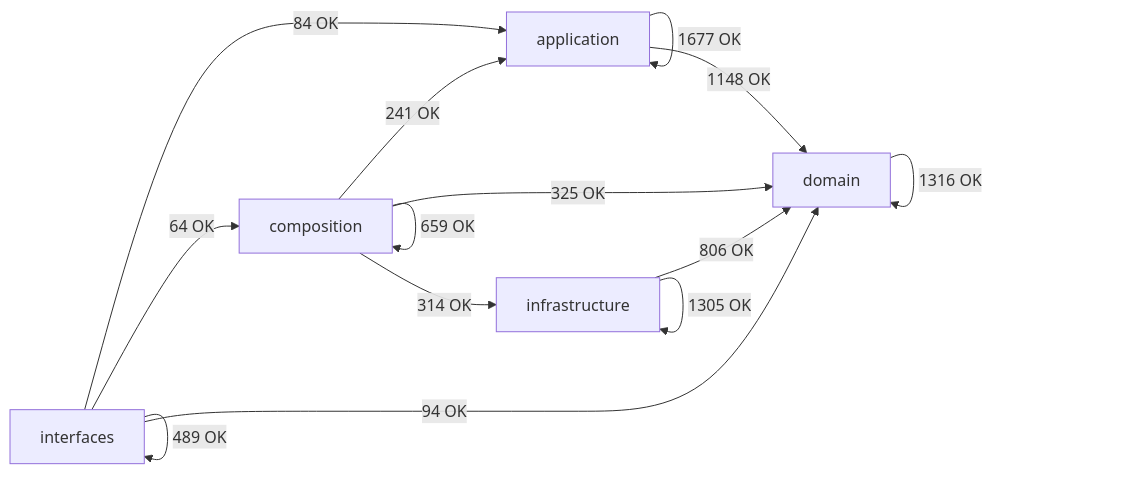
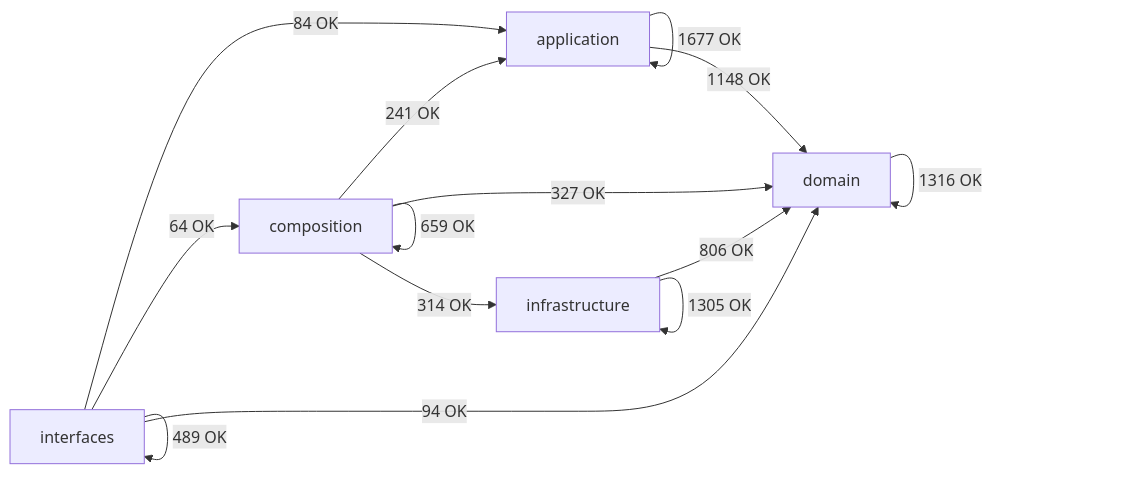
Before and after one commit to SatoryKono/BioactivityDataAcquisition: the diagram in docs/02-architecture/generated/module-dependency-map.md, drawn with Mermaid. The commit also changed other lines of this file and 1 other file, not shown here.

````diff
--- a/docs/02-architecture/generated/module-dependency-map.md
+++ b/docs/02-architecture/generated/module-dependency-map.md
@@ -17,21 +17,21 @@
 ```mermaid
 flowchart LR
     domain[domain]
     application[application]
     infrastructure[infrastructure]
     composition[composition]
     interfaces[interfaces]
     application -->|1677 OK| application
     application -->|1148 OK| domain
     composition -->|241 OK| application
     composition -->|659 OK| composition
-    composition -->|325 OK| domain
+    composition -->|327 OK| domain
     composition -->|314 OK| infrastructure
     domain -->|1316 OK| domain
     infrastructure -->|806 OK| domain
     infrastructure -->|1305 OK| infrastructure
     interfaces -->|84 OK| application
     interfaces -->|64 OK| composition
     interfaces -->|94 OK| domain
     interfaces -->|489 OK| interfaces
 ```
````
